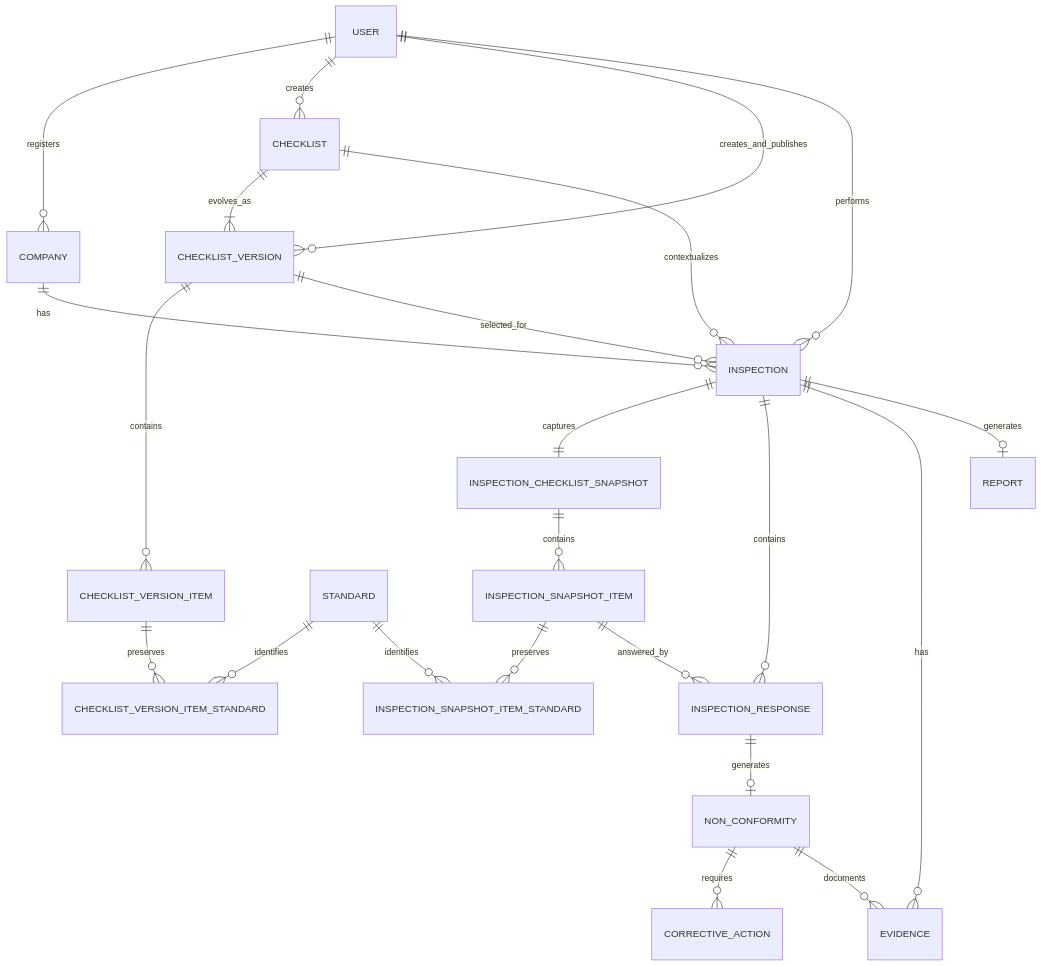
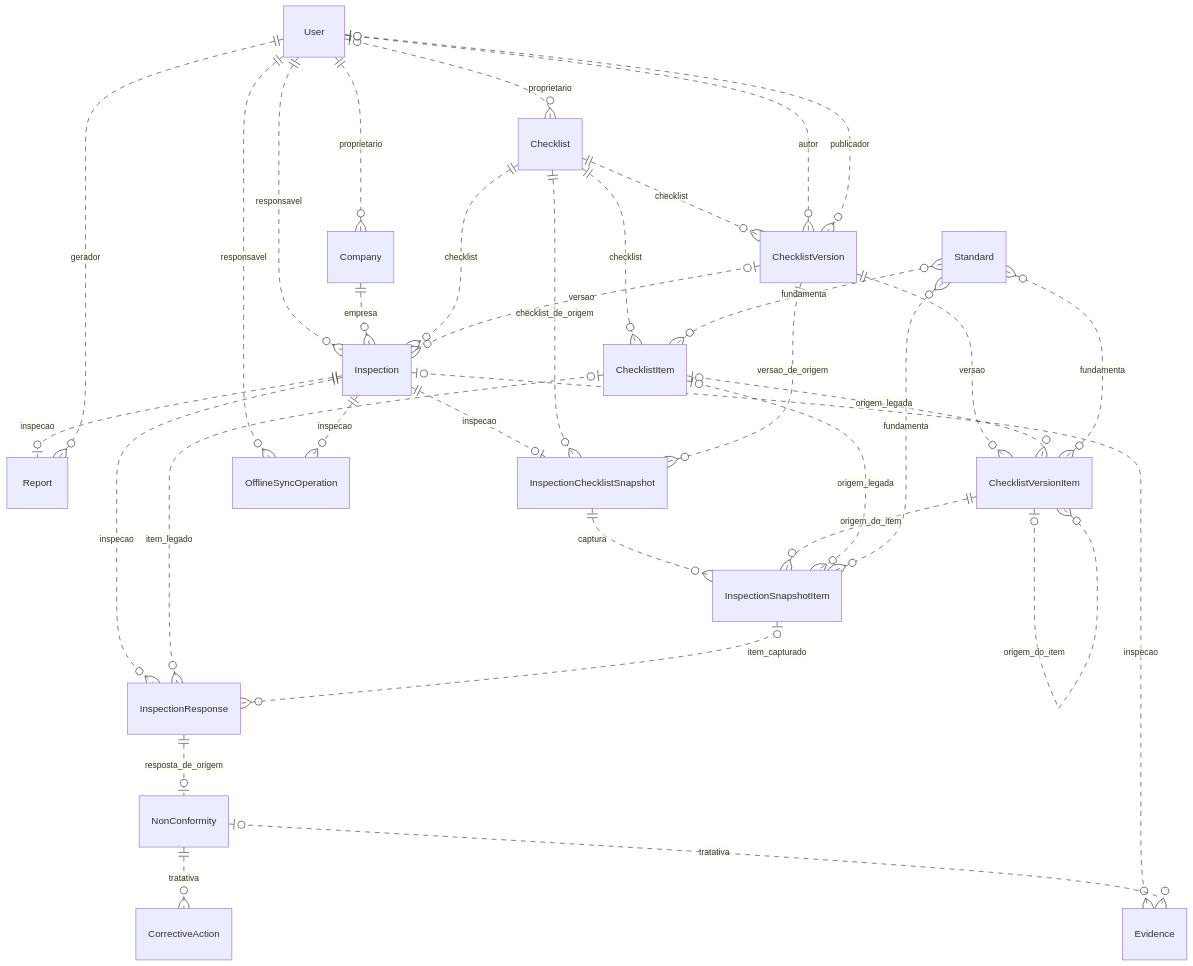
The diagram in Documentation/ModeloConceitualDoBancoDeDados.md (PedroVitor237/safe-watch-insight), drawn with Mermaid before and after one commit. The commit also changed other lines of this file and 8 other files, not shown here.

````diff
--- a/Documentation/ModeloConceitualDoBancoDeDados.md
+++ b/Documentation/ModeloConceitualDoBancoDeDados.md
@@ -13,28 +26,37 @@
 ```mermaid
 erDiagram
-  USER ||--o{ COMPANY : registers
-  USER ||--o{ CHECKLIST : creates
-  USER ||--o{ CHECKLIST_VERSION : creates_and_publishes
-  USER ||--o{ INSPECTION : performs
 
-  COMPANY ||--o{ INSPECTION : has
-  CHECKLIST ||--|{ CHECKLIST_VERSION : evolves_as
-  CHECKLIST_VERSION ||--o{ CHECKLIST_VERSION_ITEM : contains
-  CHECKLIST_VERSION_ITEM ||--o{ CHECKLIST_VERSION_ITEM_STANDARD : preserves
-  STANDARD ||--o{ CHECKLIST_VERSION_ITEM_STANDARD : identifies
-
-  CHECKLIST ||--o{ INSPECTION : contextualizes
-  CHECKLIST_VERSION ||--o{ INSPECTION : selected_for
-  INSPECTION ||--|| INSPECTION_CHECKLIST_SNAPSHOT : captures
-  INSPECTION_CHECKLIST_SNAPSHOT ||--o{ INSPECTION_SNAPSHOT_ITEM : contains
-  INSPECTION_SNAPSHOT_ITEM ||--o{ INSPECTION_SNAPSHOT_ITEM_STANDARD : preserves
-  STANDARD ||--o{ INSPECTION_SNAPSHOT_ITEM_STANDARD : identifies
-
-  INSPECTION ||--o{ INSPECTION_RESPONSE : contains
-  INSPECTION_SNAPSHOT_ITEM ||--o{ INSPECTION_RESPONSE : answered_by
-  INSPECTION_RESPONSE ||--o| NON_CONFORMITY : generates
-  NON_CONFORMITY ||--o{ CORRECTIVE_ACTION : requires
-  INSPECTION ||--o{ EVIDENCE : has
-  NON_CONFORMITY ||--o{ EVIDENCE : documents
-  INSPECTION ||--o| REPORT : generates
+  User ||..o{ Company : proprietario
+  User |o..o{ Checklist : proprietario
+  Checklist ||..o{ ChecklistItem : checklist
+  User ||..o{ Inspection : responsavel
+  Company ||..o{ Inspection : empresa
+  Checklist ||..o{ Inspection : checklist
+  Inspection ||..o{ InspectionResponse : inspecao
+  ChecklistItem |o..o{ InspectionResponse : item_legado
+  InspectionResponse ||..o| NonConformity : resposta_de_origem
+  NonConformity ||..o{ CorrectiveAction : tratativa
+  Inspection ||..o| Report : inspecao
+  User ||..o{ Report : gerador
+  Checklist ||..o{ ChecklistVersion : checklist
+  User |o..o{ ChecklistVersion : autor
+  User |o..o{ ChecklistVersion : publicador
+  ChecklistVersion ||..o{ ChecklistVersionItem : versao
+  ChecklistVersionItem |o..o{ ChecklistVersionItem : origem_do_item
+  ChecklistItem |o..o{ ChecklistVersionItem : origem_legada
+  ChecklistVersion |o..o{ Inspection : versao
+  Inspection ||..o| InspectionChecklistSnapshot : inspecao
+  Checklist ||..o{ InspectionChecklistSnapshot : checklist_de_origem
+  ChecklistVersion ||..o{ InspectionChecklistSnapshot : versao_de_origem
+  InspectionChecklistSnapshot ||..o{ InspectionSnapshotItem : captura
+  ChecklistVersionItem ||..o{ InspectionSnapshotItem : origem_do_item
+  ChecklistItem |o..o{ InspectionSnapshotItem : origem_legada
+  InspectionSnapshotItem |o..o{ InspectionResponse : item_capturado
+  Inspection |o..o{ Evidence : inspecao
+  NonConformity |o..o{ Evidence : tratativa
+  User ||..o{ OfflineSyncOperation : responsavel
+  Inspection ||..o{ OfflineSyncOperation : inspecao
+  Standard }o..o{ ChecklistItem : fundamenta
+  Standard }o..o{ ChecklistVersionItem : fundamenta
+  Standard }o..o{ InspectionSnapshotItem : fundamenta
 ```
````
